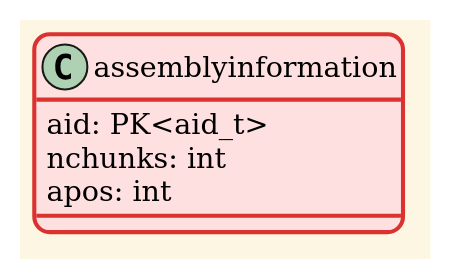
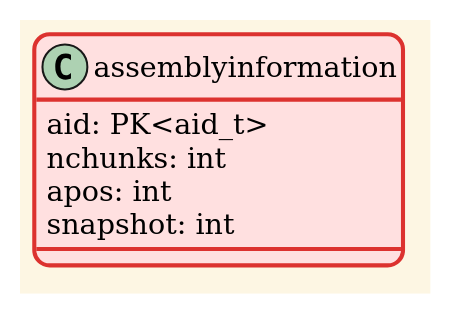
Before and after one commit to eLyKseeR/modelling: the first of 5 diagrams in relations.uml/assembly.puml, drawn with PlantUML. The commit also changed 8 other files, not shown here.

```diff
--- a/relations.uml/assembly.puml
+++ b/relations.uml/assembly.puml
@@ -3,10 +3,15 @@
 @startuml assemblyinformation
 
 !theme sunlust
 
 class assemblyinformation {
     aid: PK<aid_t>
     nchunks: int
     apos: int
+    snapshot: int
 }
+' note right of assemblyinformation::snapshot
+' knowning the snapshot here   
+' means we can go from block to assembly to snapshot 
+' end note
 @enduml
```
